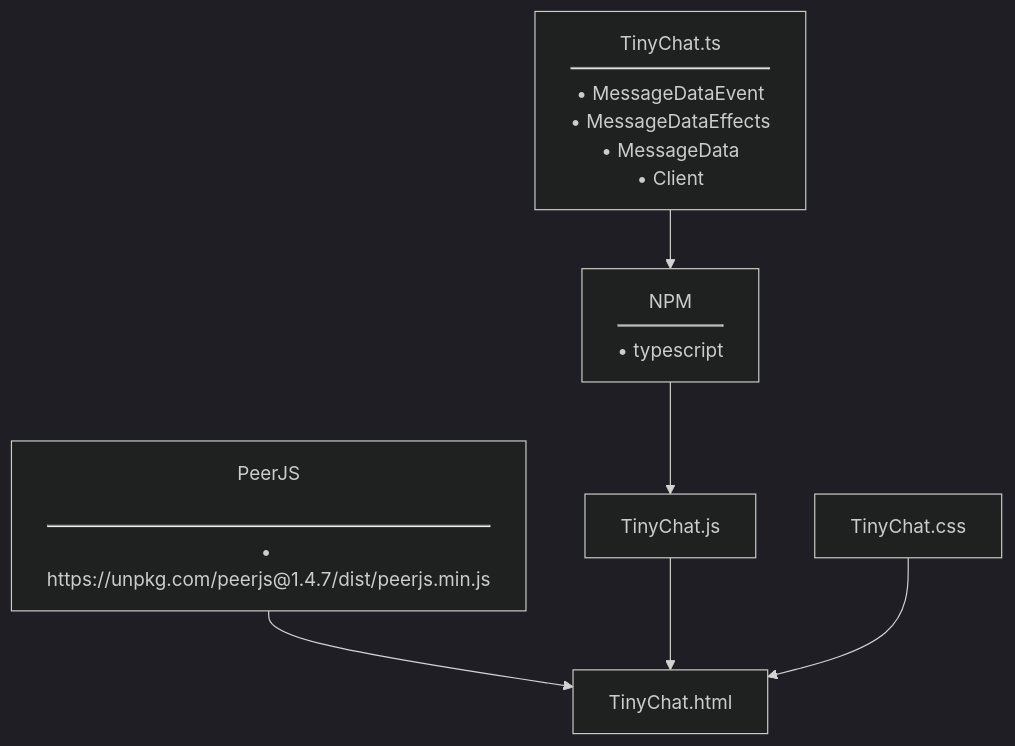
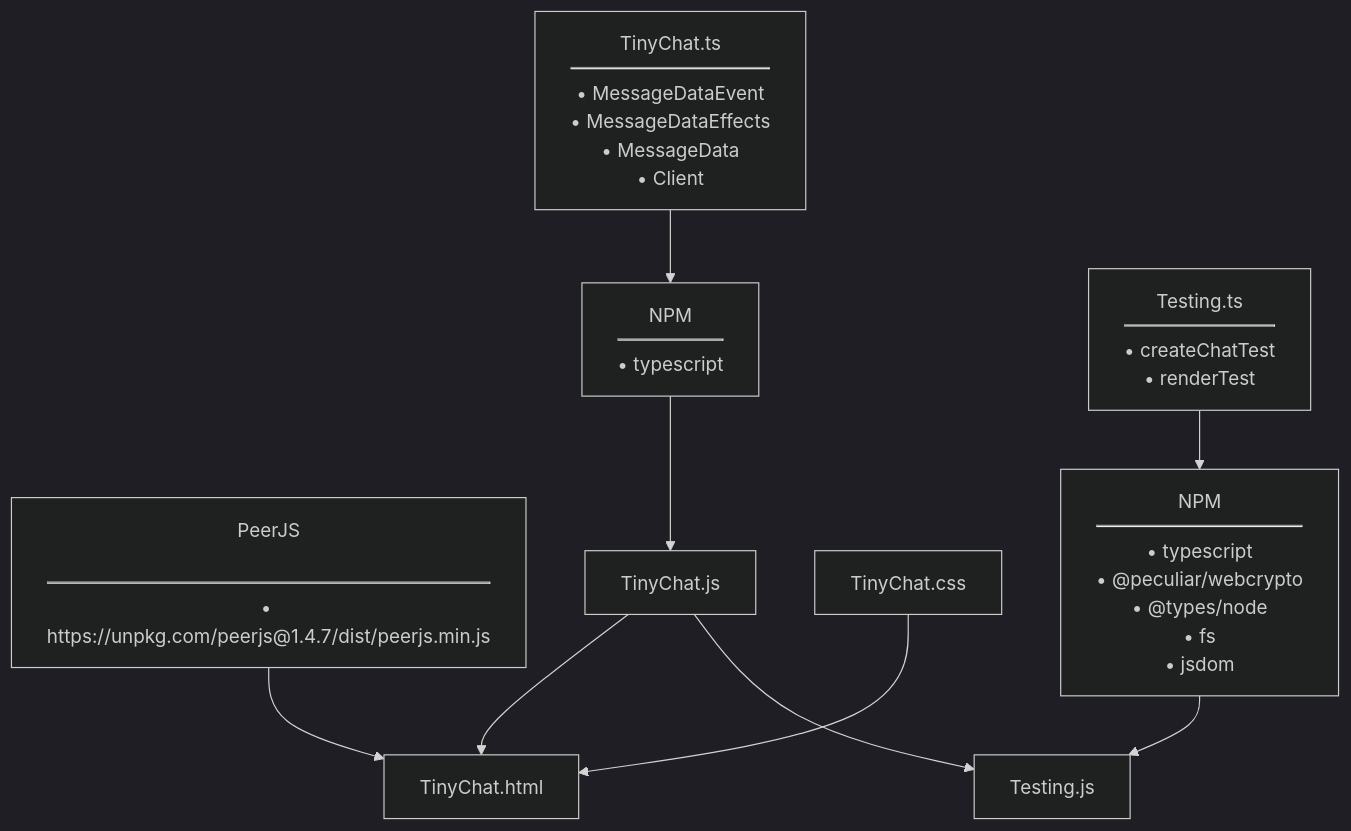
The third of 4 diagrams in 4+1.md (xXCrash2BomberXx/TinyChat), drawn with Mermaid (dark theme) before and after one commit.

````diff
--- a/4+1.md
+++ b/4+1.md
@@ -80,21 +80,36 @@
 ```mermaid
 graph TB
   A["TinyChat.html"];
   B["
   PeerJS
     <hr>#8226; https://unpkg.com/peerjs@1.4.7/dist/peerjs.min.js
   "] --> A;
   C["TinyChat.js"] --> A;
   D["
   NPM
     <hr>#8226; typescript
   "] --> C;
   E["
   TinyChat.ts
     <hr>#8226; MessageDataEvent
     #8226; MessageDataEffects
     #8226; MessageData
     #8226; Client
   "] --> D;
   F["TinyChat.css"] --> A;
+  G["Testing.js"];
+  H["
+  NPM
+    <hr>#8226; typescript
+    #8226; @peculiar/webcrypto
+    #8226; @types/node
+    #8226; fs
+    #8226; jsdom
+  "] --> G;
+  C --> G;
+  I["
+  Testing.ts
+  <hr>#8226; createChatTest
+  #8226; renderTest
+  "] --> H;
 ```
````
